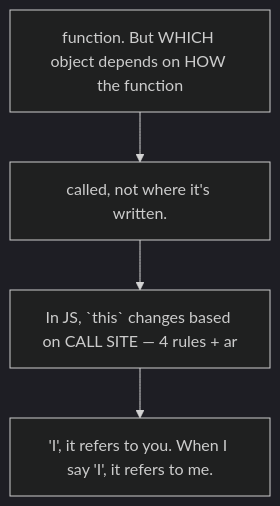
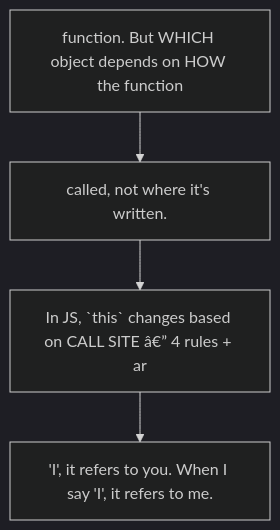
The second of 6 diagrams in 16_JavaScript/02_JS_Functions_Closures.md (SaiHarsha502vvit/Daily-Prep), drawn with Mermaid (dark theme) before and after one commit. The commit also changed other lines of this file and 256 other files, not shown here.

````diff
--- a/16_JavaScript/02_JS_Functions_Closures.md
+++ b/16_JavaScript/02_JS_Functions_Closures.md
@@ -166,10 +166,10 @@
 ```mermaid
 flowchart TD
     N1["function. But WHICH object depends on HOW the function"]
     N2["called, not where it's written."]
-    N3["In JS, `this` changes based on CALL SITE — 4 rules + ar"]
+    N3["In JS, `this` changes based on CALL SITE â€” 4 rules + ar"]
     N4["'I', it refers to you. When I say 'I', it refers to me."]
     N1 --> N2
     N2 --> N3
     N3 --> N4
 ```
````
